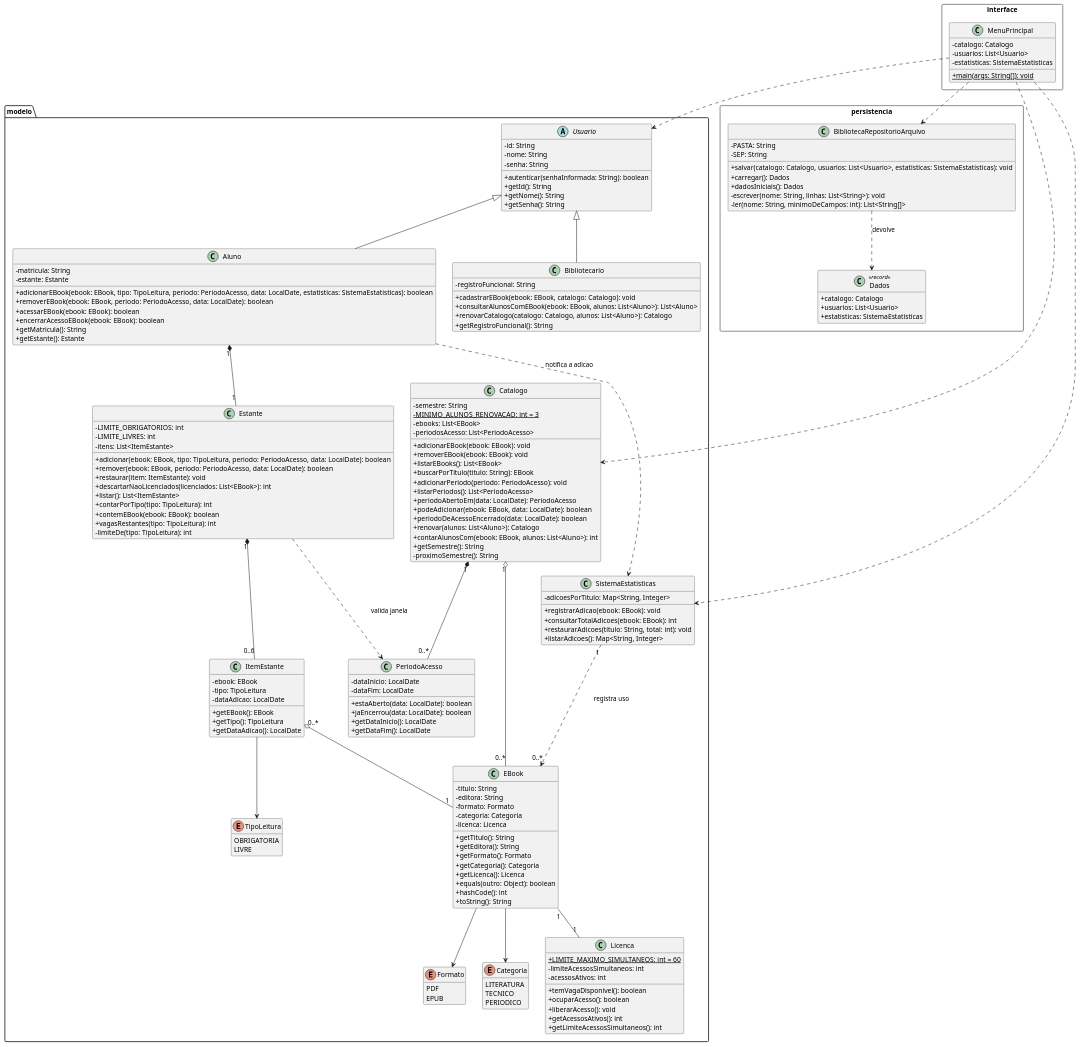
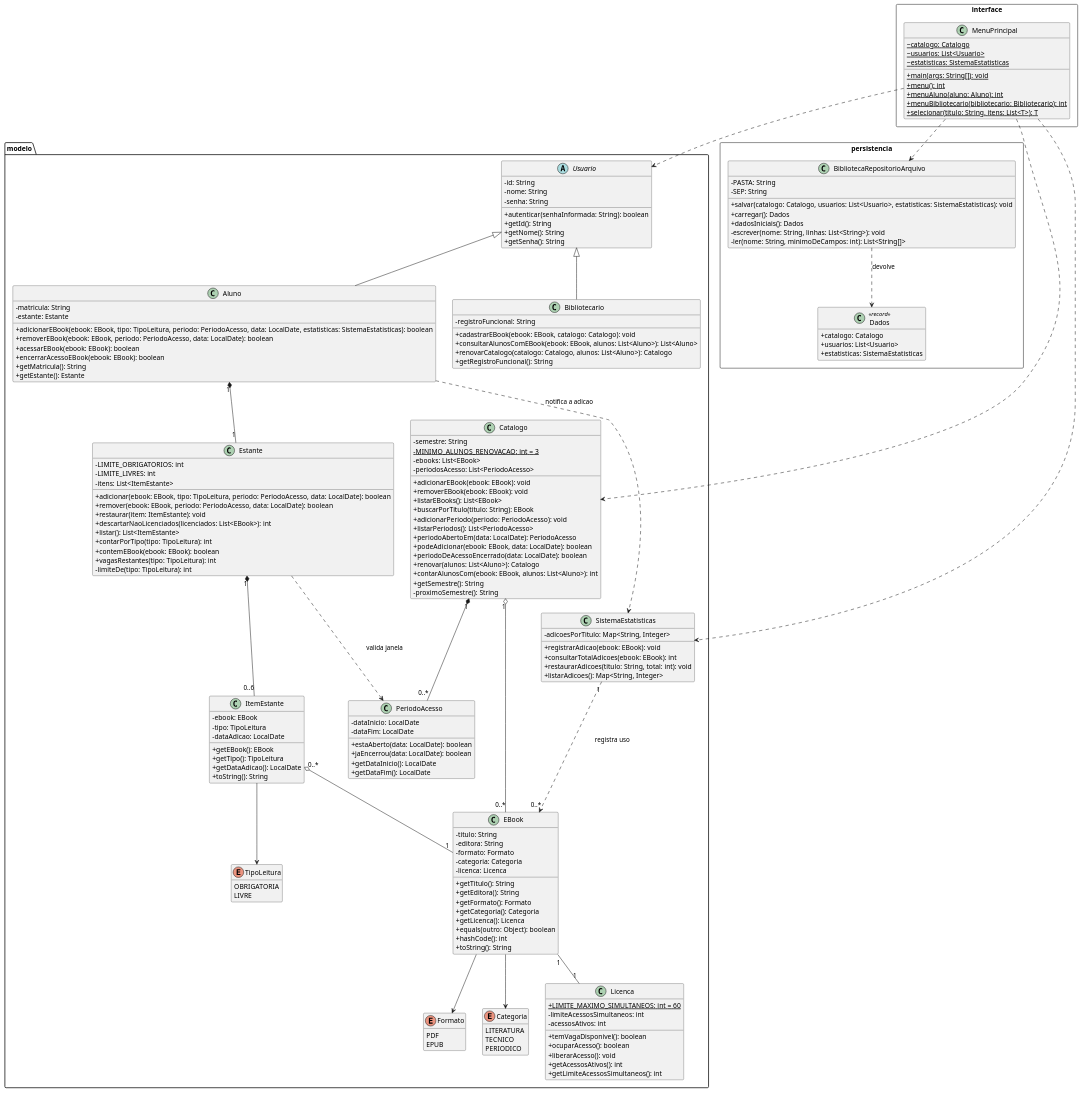
One commit to fillmello/lab01-ebooks-biblioteca changed the diagram in docs/diagramas/diagrama-de-classes.puml. Above: the diagram before and after it, drawn with PlantUML. The commit also changed 3 other files, not shown here.

```diff
--- a/docs/diagramas/diagrama-de-classes.puml
+++ b/docs/diagramas/diagrama-de-classes.puml
@@ -57,6 +57,7 @@
   +getEBook(): EBook
   +getTipo(): TipoLeitura
   +getDataAdicao(): LocalDate
+  +toString(): String
 }
 
 enum TipoLeitura {
@@ -148,10 +149,14 @@
 ' ===== Interface e persistencia, acrescentadas na Sprint 3 =====
 package interface <<Rectangle>> {
   class MenuPrincipal {
-    -catalogo: Catalogo
-    -usuarios: List<Usuario>
-    -estatisticas: SistemaEstatisticas
+    ~{static} catalogo: Catalogo
+    ~{static} usuarios: List<Usuario>
+    ~{static} estatisticas: SistemaEstatisticas
     +{static} main(args: String[]): void
+    +{static} menu(): int
+    +{static} menuAluno(aluno: Aluno): int
+    +{static} menuBibliotecario(bibliotecario: Bibliotecario): int
+    +{static} selecionar(titulo: String, itens: List<T>): T
   }
 }
 
```
